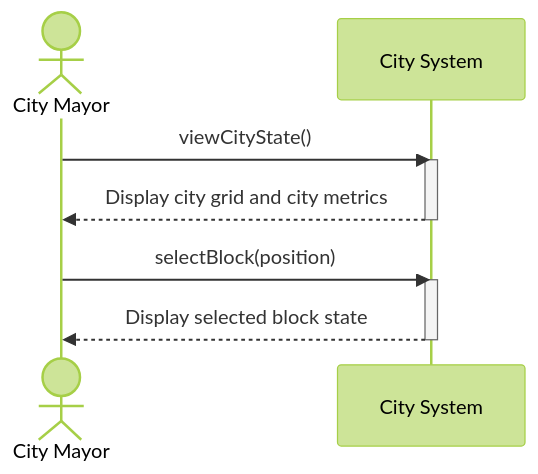
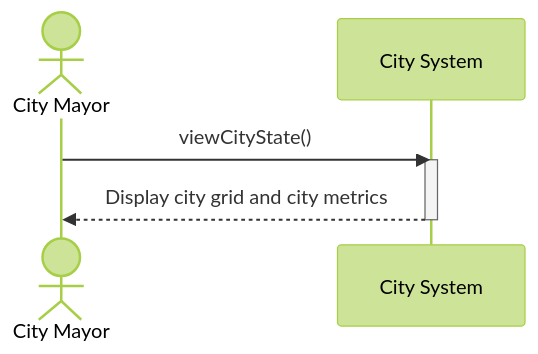
The diagram in docs/SSD/ssd-city-monitoring.md (andreatoson3-netizen/Amatriciana), drawn with Mermaid (forest theme) before and after one commit.

````diff
--- a/docs/SSD/ssd-city-monitoring.md
+++ b/docs/SSD/ssd-city-monitoring.md
@@ -1,19 +1,12 @@
 ```mermaid
 sequenceDiagram
     actor Mayor as City Mayor
     participant System as City System
 
     Mayor->>System: viewCityState()
     activate System
 
     System-->>Mayor: Display city grid and city metrics
 
     deactivate System
-
-    Mayor->>System: selectBlock(position)
-    activate System
-
-    System-->>Mayor: Display selected block state
-
-    deactivate System
 ```
````
